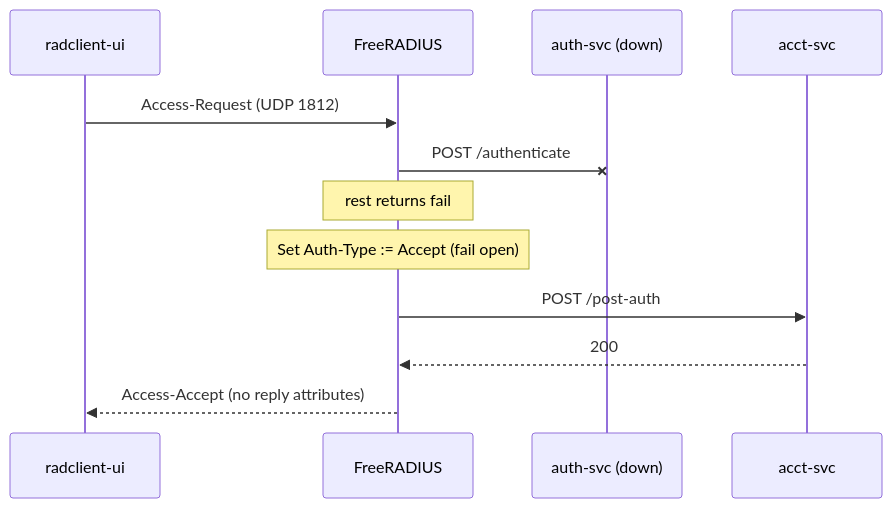
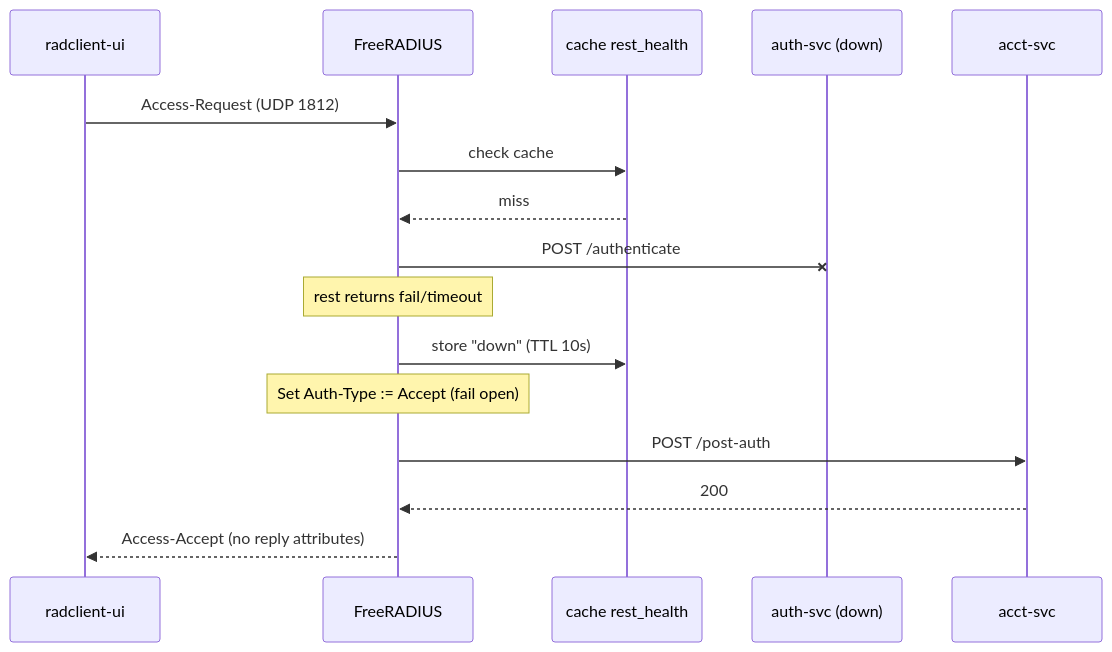
Before and after one commit to Work-Systems-Ltd/freeradius-http-auth: the fourth of 7 diagrams in README.md, drawn with Mermaid. The commit also changed other lines of this file, not shown here.

````diff
--- a/README.md
+++ b/README.md
@@ -68,16 +72,20 @@
 ```mermaid
 sequenceDiagram
     participant UI as radclient-ui
     participant FR as FreeRADIUS
+    participant C as cache rest_health
     participant AS as auth-svc (down)
     participant AC as acct-svc
 
     UI->>FR: Access-Request (UDP 1812)
+    FR->>C: check cache
+    C-->>FR: miss
     FR-xAS: POST /authenticate
-    Note over FR: rest returns fail
+    Note over FR: rest returns fail/timeout
+    FR->>C: store "down" (TTL 10s)
     Note over FR: Set Auth-Type := Accept (fail open)
 
     FR->>AC: POST /post-auth
     AC-->>FR: 200
     FR-->>UI: Access-Accept (no reply attributes)
 ```
````
